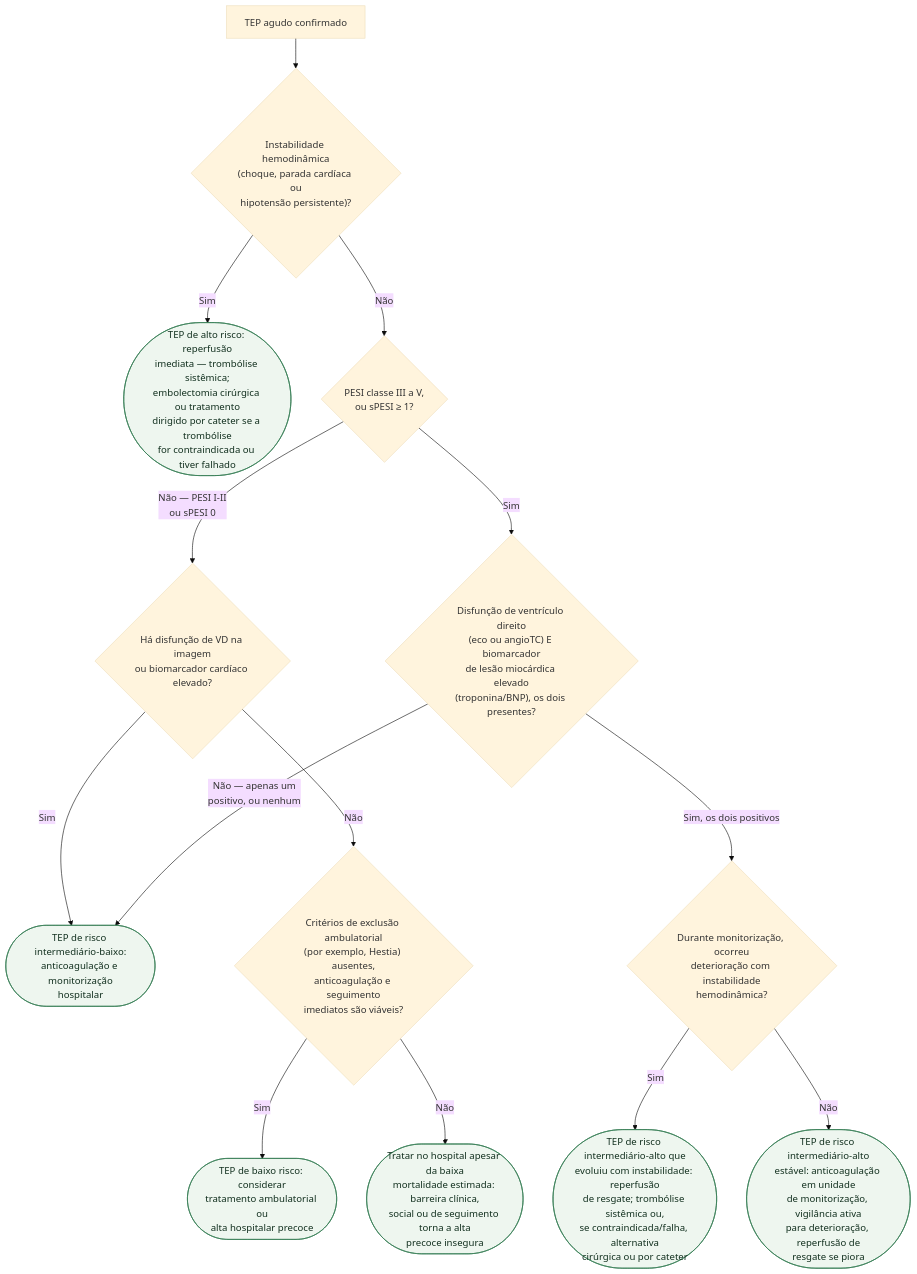
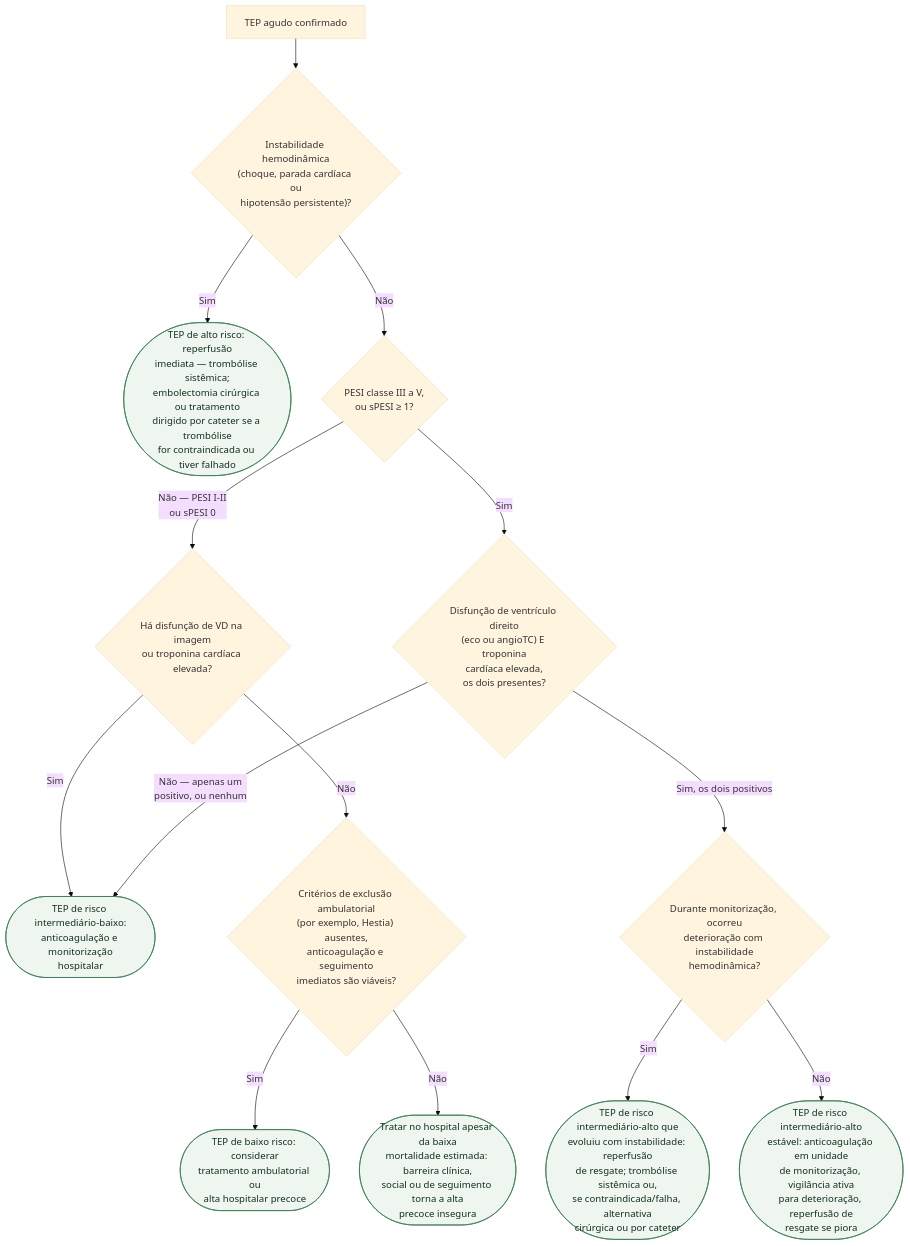
The diagram in content/Tromboembolismo/fluxograma-tep-agudo-estratificacao-de-risco-e-decisao-de-trombolise.md (rafaelpaesmeirelles/MeuCardio), drawn with Mermaid (base theme) before and after one commit. The commit also changed other lines of this file and 6 other files, not shown here.

````diff
--- a/content/Tromboembolismo/fluxograma-tep-agudo-estratificacao-de-risco-e-decisao-de-trombolise.md
+++ b/content/Tromboembolismo/fluxograma-tep-agudo-estratificacao-de-risco-e-decisao-de-trombolise.md
@@ -26,28 +26,28 @@
 ```mermaid
 flowchart TD
   R0["TEP agudo confirmado"] --> D1{"Instabilidade hemodinâmica<br/>(choque, parada cardíaca ou<br/>hipotensão persistente)?"}
 
   D1 -->|"Sim"| C1(["TEP de alto risco: reperfusão<br/>imediata — trombólise sistêmica;<br/>embolectomia cirúrgica ou tratamento<br/>dirigido por cateter se a trombólise<br/>for contraindicada ou tiver falhado"])
 
   D1 -->|"Não"| D2{"PESI classe III a V,<br/>ou sPESI ≥ 1?"}
 
-  D2 -->|"Não — PESI I-II<br/>ou sPESI 0"| D5{"Há disfunção de VD na imagem<br/>ou biomarcador cardíaco elevado?"}
+  D2 -->|"Não — PESI I-II<br/>ou sPESI 0"| D5{"Há disfunção de VD na imagem<br/>ou troponina cardíaca elevada?"}
 
-  D5 -->|"Sim"| C3(["TEP de risco intermediário-baixo:<br/>anticoagulação e observação hospitalar;<br/>o achado de VD/biomarcador impede<br/>classificar como baixo risco só<br/>pelo PESI ou sPESI"])
+  D5 -->|"Sim"| C3(["TEP de risco intermediário-baixo:<br/>anticoagulação e observação hospitalar;<br/>o achado de VD/troponina impede<br/>classificar como baixo risco só<br/>pelo PESI ou sPESI"])
   D5 -->|"Não"| D6{"Critérios de exclusão ambulatorial<br/>(por exemplo, Hestia) ausentes,<br/>anticoagulação e seguimento<br/>imediatos são viáveis?"}
   D6 -->|"Sim"| C2(["TEP de baixo risco: considerar<br/>tratamento ambulatorial ou<br/>alta hospitalar precoce"])
   D6 -->|"Não"| C6(["Tratar no hospital apesar da baixa<br/>mortalidade estimada: barreira clínica,<br/>social ou de seguimento torna a alta<br/>precoce insegura"])
 
-  D2 -->|"Sim"| D3{"Disfunção de ventrículo direito<br/>(eco ou angioTC) E biomarcador<br/>de lesão miocárdica elevado<br/>(troponina/BNP), os dois presentes?"}
+  D2 -->|"Sim"| D3{"Disfunção de ventrículo direito<br/>(eco ou angioTC) E troponina<br/>cardíaca elevada,<br/>os dois presentes?"}
 
   D3 -->|"Não — apenas um<br/>positivo, ou nenhum"| C3(["TEP de risco intermediário-baixo:<br/>anticoagulação e monitorização<br/>hospitalar"])
 
   D3 -->|"Sim, os dois positivos"| D4{"Durante monitorização, ocorreu<br/>deterioração com instabilidade<br/>hemodinâmica?"}
 
   D4 -->|"Sim"| C4(["TEP de risco intermediário-alto que<br/>evoluiu com instabilidade: reperfusão<br/>de resgate; trombólise sistêmica ou,<br/>se contraindicada/falha, alternativa<br/>cirúrgica ou por cateter"])
 
   D4 -->|"Não"| C5(["TEP de risco intermediário-alto<br/>estável: anticoagulação em unidade<br/>de monitorização, vigilância ativa<br/>para deterioração, reperfusão de<br/>resgate se piora"])
 
   classDef conduta fill:#eef6ef,stroke:#2f7a4f,color:#12301f;
   class C1,C2,C3,C4,C5,C6 conduta;
 ```
````
